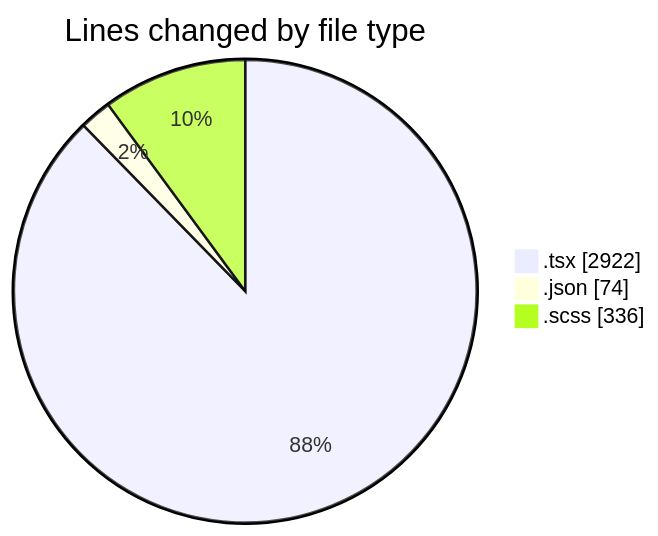
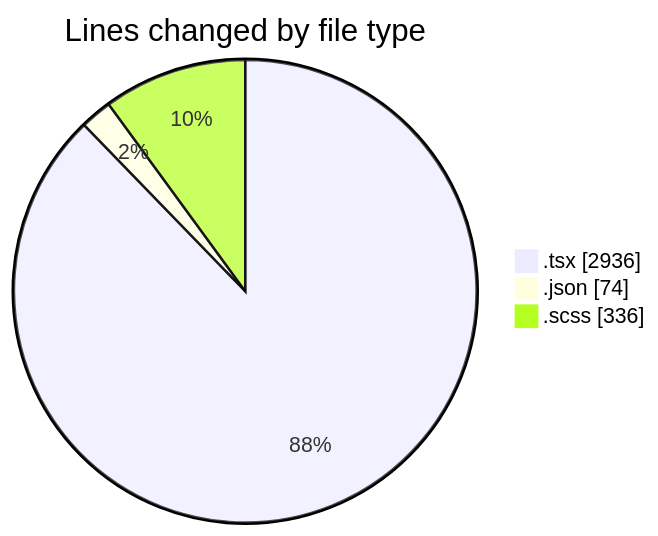
Before and after one commit to momahboobian/code-tracking: the first of 2 diagrams in 2025-04-08/cda/README.md, drawn with Mermaid. The commit also changed other lines of this file and 1 other file, not shown here.

````diff
--- a/2025-04-08/cda/README.md
+++ b/2025-04-08/cda/README.md
@@ -29,7 +29,7 @@
 ```mermaid
 pie showData
 title Lines changed by file type
-".tsx" : 2922
+".tsx" : 2936
 ".json" : 74
 ".scss" : 336
 ```
````
